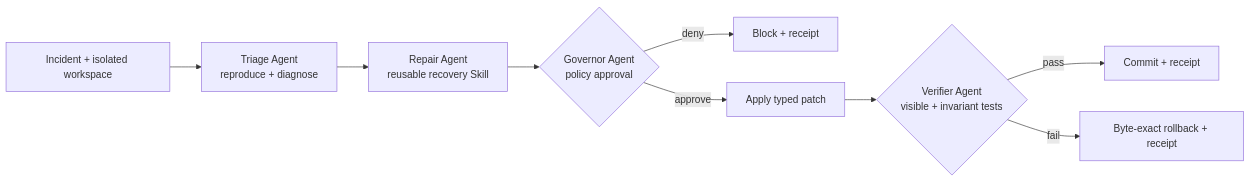
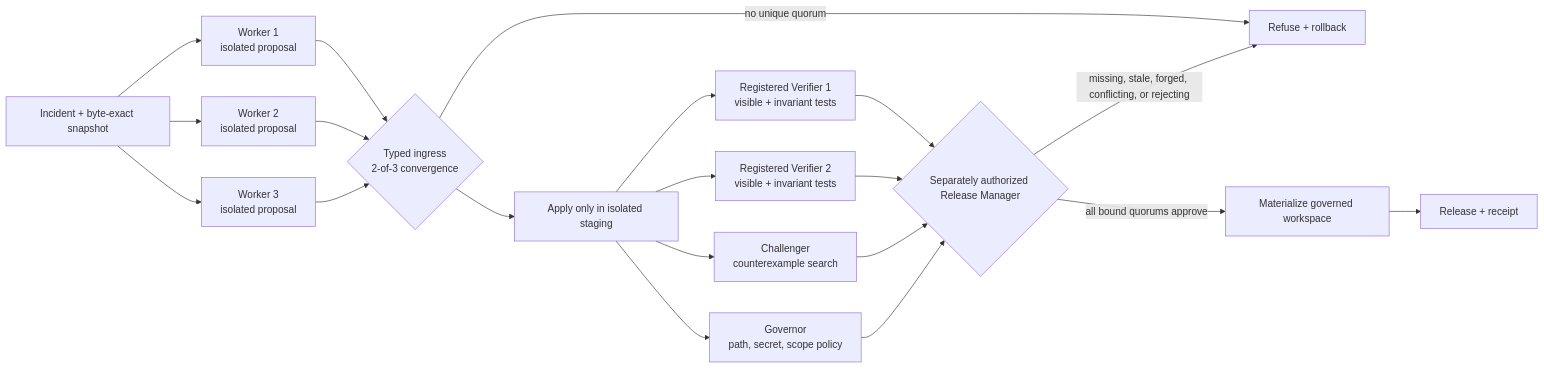
Before and after one commit to Oxygen56/remedyfabric: the diagram in README.md, drawn with Mermaid. The commit also changed other lines of this file and 123 other files, not shown here.

````diff
--- a/README.md
+++ b/README.md
@@ -44,11 +84,22 @@
 ```mermaid
 flowchart LR
-    I["Incident + isolated workspace"] --> T["Triage Agent\nreproduce + diagnose"]
-    T --> R["Repair Agent\nreusable recovery Skill"]
-    R --> G{"Governor Agent\npolicy approval"}
-    G -->|deny| B["Block + receipt"]
-    G -->|approve| P["Apply typed patch"]
-    P --> V{"Verifier Agent\nvisible + invariant tests"}
-    V -->|pass| C["Commit + receipt"]
-    V -->|fail| X["Byte-exact rollback + receipt"]
+    I["Incident + byte-exact snapshot"] --> W1["Worker 1\nisolated proposal"]
+    I --> W2["Worker 2\nisolated proposal"]
+    I --> W3["Worker 3\nisolated proposal"]
+    W1 --> Q{"Typed ingress\n2-of-3 convergence"}
+    W2 --> Q
+    W3 --> Q
+    Q -->|"no unique quorum"| RB["Refuse + rollback"]
+    Q --> A["Apply only in isolated staging"]
+    A --> V1["Registered Verifier 1\nvisible + invariant tests"]
+    A --> V2["Registered Verifier 2\nvisible + invariant tests"]
+    A --> C["Challenger\ncounterexample search"]
+    A --> G["Governor\npath, secret, scope policy"]
+    V1 --> RM{"Separately authorized Release Manager"}
+    V2 --> RM
+    C --> RM
+    G --> RM
+    RM -->|"all bound quorums approve"| M["Materialize governed workspace"]
+    M --> R["Release + receipt"]
+    RM -->|"missing, stale, forged, conflicting, or rejecting"| RB
 ```
````
